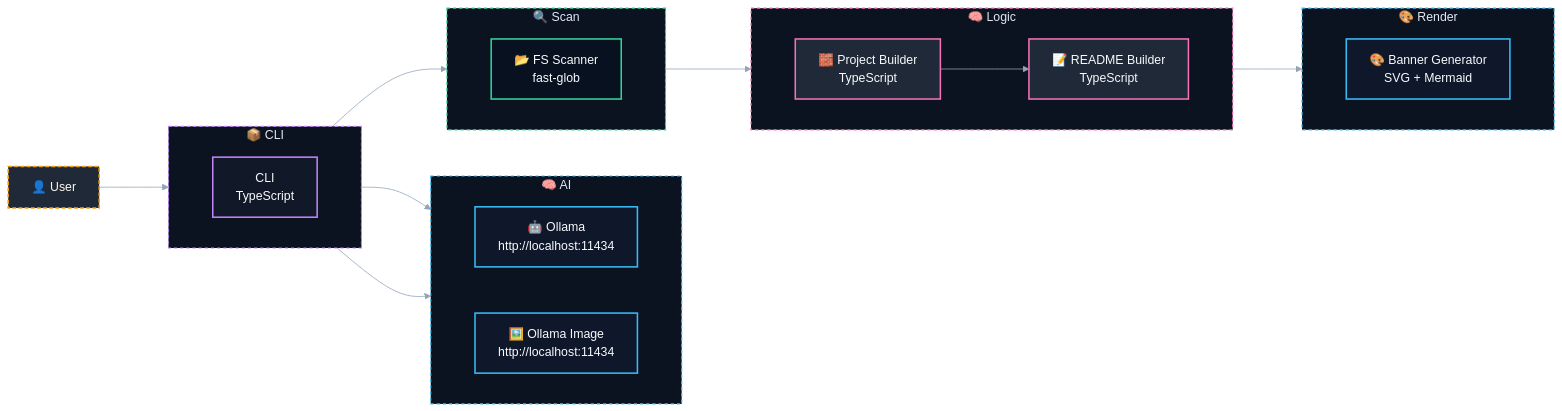
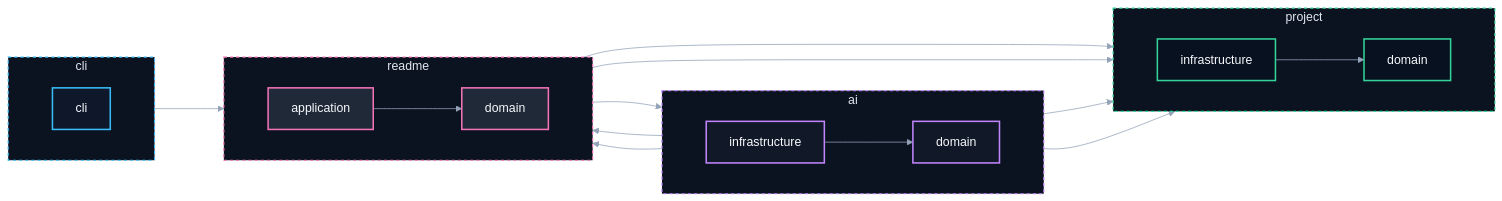
The diagram in README.md (DavidTorro/README-GENERATOR), drawn with Mermaid before and after one commit. The commit also changed other lines of this file and 3 other files, not shown here.

````diff
--- a/README.md
+++ b/README.md
@@ -27,63 +17,58 @@
 ```mermaid
 %%{init: {
     "theme": "base",
     "flowchart": { "curve": "basis", "nodeSpacing": 60, "rankSpacing": 90 },
     "themeVariables": {
         "primaryColor": "#1f2937",
         "primaryTextColor": "#f9fafb",
         "primaryBorderColor": "#60a5fa",
         "lineColor": "#94a3b8",
         "tertiaryColor": "#0f172a"
     }
 }}%%
 
 flowchart LR
-    subgraph SG0["🧠 AI"]
+    subgraph SG0["cli"]
         direction LR
-        ollama["🤖 Ollama<br/>http://localhost:11434"]
-        image_ollama["🖼️ Ollama Image<br/>http://localhost:11434"]
+        cli["cli"]
     end
-    subgraph SG1["📦 CLI"]
+    subgraph SG1["ai"]
         direction LR
-        cli["CLI<br/>TypeScript"]
+        ai_domain["domain"]
+        ai_infrastructure["infrastructure"]
     end
-    subgraph SG2["🔍 Scan"]
+    subgraph SG2["project"]
         direction LR
-        fs_scanner["📂 FS Scanner<br/>fast-glob"]
+        project_domain["domain"]
+        project_infrastructure["infrastructure"]
     end
-    subgraph SG3["🧠 Logic"]
+    subgraph SG3["readme"]
         direction LR
-        project_builder["🧱 Project Builder<br/>TypeScript"]
-        readme_builder["📝 README Builder<br/>TypeScript"]
+        readme_application["application"]
+        readme_domain["domain"]
     end
-    subgraph SG4["🎨 Render"]
-        direction LR
-        banner_generator["🎨 Banner Generator<br/>SVG + Mermaid"]
-    end
-    user["👤 User"]
-    user --> cli
-    cli --> fs_scanner
-    fs_scanner --> project_builder
-    project_builder --> readme_builder
-    readme_builder --> banner_generator
-    cli --> ollama
-    cli --> image_ollama
+    cli --> readme_domain
+    ai_domain --> project_domain
+    ai_domain --> readme_domain
+    ai_infrastructure --> ai_domain
+    ai_infrastructure --> project_domain
+    ai_infrastructure --> readme_domain
+    project_infrastructure --> project_domain
+    readme_application --> project_domain
+    readme_application --> ai_domain
+    readme_application --> readme_domain
+    readme_domain --> project_domain
 
     classDef g0 fill:#0f172a,stroke:#38bdf8,color:#f8fafc,stroke-width:2px;
-    class ollama,image_ollama g0;
+    class cli g0;
     classDef g1 fill:#111827,stroke:#c084fc,color:#f8fafc,stroke-width:2px;
-    class cli g1;
+    class ai_domain,ai_infrastructure g1;
     classDef g2 fill:#08111f,stroke:#34d399,color:#f8fafc,stroke-width:2px;
-    class fs_scanner g2;
+    class project_domain,project_infrastructure g2;
     classDef g3 fill:#1f2937,stroke:#f472b6,color:#f8fafc,stroke-width:2px;
-    class project_builder,readme_builder g3;
-    classDef g4 fill:#0f172a,stroke:#38bdf8,color:#f8fafc,stroke-width:2px;
-    class banner_generator g4;
-    classDef actor fill:#1f2937,stroke:#f59e0b,color:#fff7ed,stroke-width:2px,stroke-dasharray: 5 3;
-    class user actor;
+    class readme_application,readme_domain g3;
     style SG0 fill:#0b1220,stroke:#38bdf8,stroke-width:1.5px,stroke-dasharray: 4 4,color:#e2e8f0
     style SG1 fill:#0b1220,stroke:#c084fc,stroke-width:1.5px,stroke-dasharray: 4 4,color:#e2e8f0
     style SG2 fill:#0b1220,stroke:#34d399,stroke-width:1.5px,stroke-dasharray: 4 4,color:#e2e8f0
     style SG3 fill:#0b1220,stroke:#f472b6,stroke-width:1.5px,stroke-dasharray: 4 4,color:#e2e8f0
-    style SG4 fill:#0b1220,stroke:#38bdf8,stroke-width:1.5px,stroke-dasharray: 4 4,color:#e2e8f0
 ```
````
